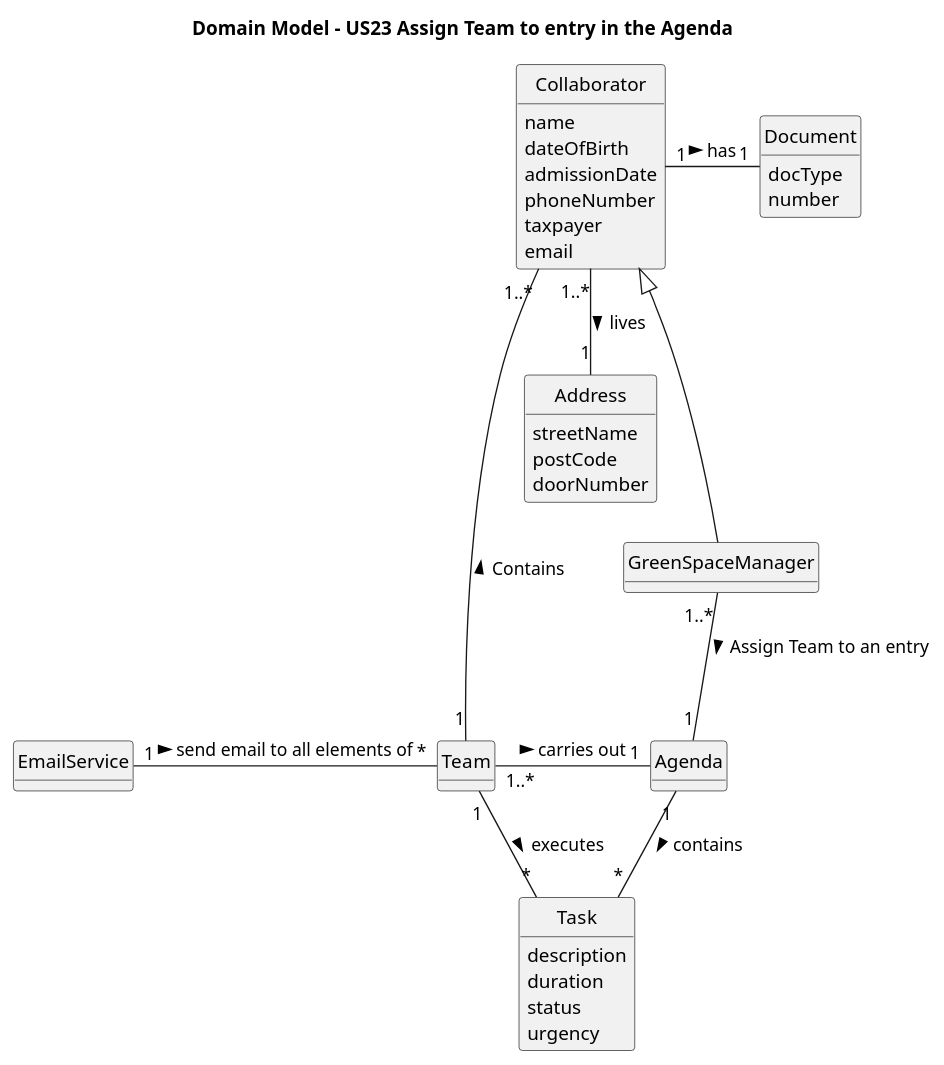
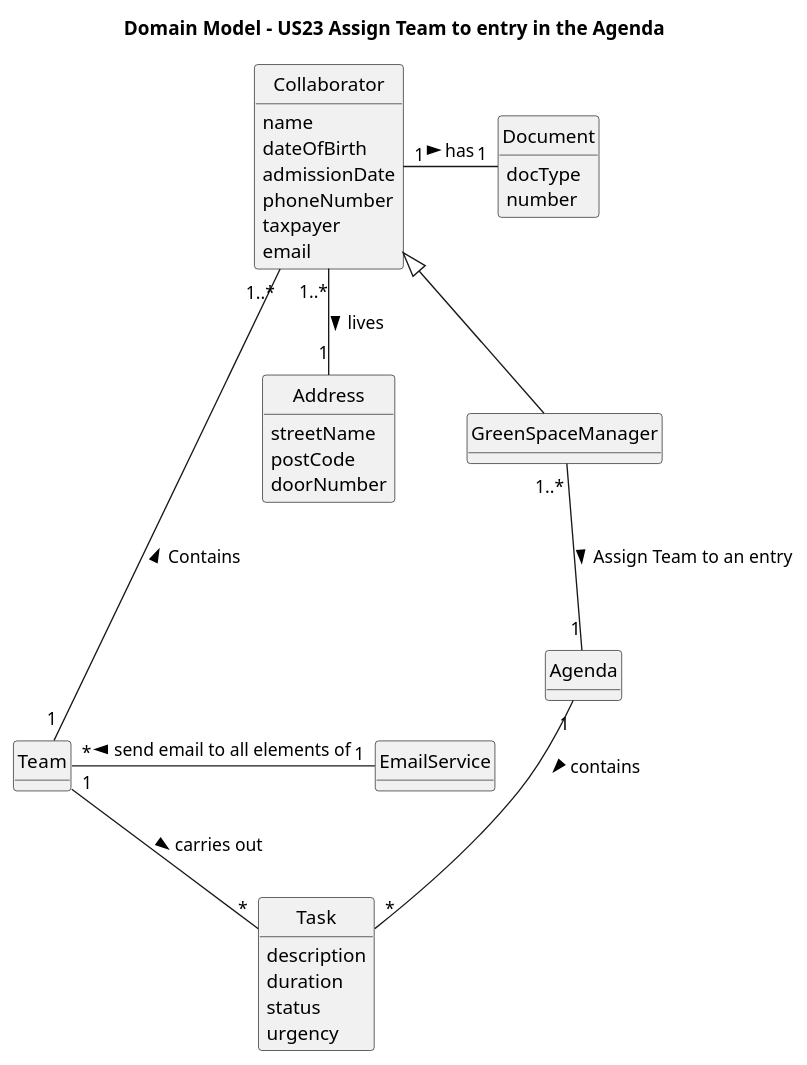
One commit to Departamento-de-Engenharia-Informatica/lei-24-s2-1db-g022 changed the diagram in docs/sprint3/us23/02.analysis/puml/us23-domain-model.puml. Above: the diagram before and after it, drawn with PlantUML. The commit also changed 5 other files, not shown here.

```diff
--- a/docs/sprint3/us23/02.analysis/puml/us23-domain-model.puml
+++ b/docs/sprint3/us23/02.analysis/puml/us23-domain-model.puml
@@ -1,71 +1,69 @@
 @startuml
 skinparam monochrome true
 skinparam packageStyle rectangle
 skinparam shadowing false
 skinparam classAttributeIconSize 0
 hide circle
 hide methods
 
 title Domain Model - US23 Assign Team to entry in the Agenda
 
 
 class Collaborator {
     name
     dateOfBirth
     admissionDate
     phoneNumber
     taxpayer
     email
 }
 
 class Document{
     docType
     number
 }
 
 class Address {
     streetName
     postCode
     doorNumber
 }
 
 
 class GreenSpaceManager {
 }
 
 class Team{
 }
 
 class Agenda{}
 
 
 class Task{
     description
     duration
     status
     urgency
 }
 
 class EmailService{
 }
 
 
 Collaborator "1" - "1" Document : has >
 
 Collaborator "1..*" -- "1" Address : lives >
 
 Collaborator  <|--  GreenSpaceManager
 
 GreenSpaceManager "1..*" -- "1" Agenda : Assign Team to an entry >
 
-Team "1..*" - "1" Agenda : carries out >
-
-Team "1" -- "*" Task : executes >
+Team "1" -- "*" Task : carries out >
 
 Agenda "1" - "*" Task : contains >
 
 EmailService "1" - "*" Team :  send email to all elements of >
 
 Collaborator "1..*" ---- "1" Team : Contains <
 
 @enduml
```
